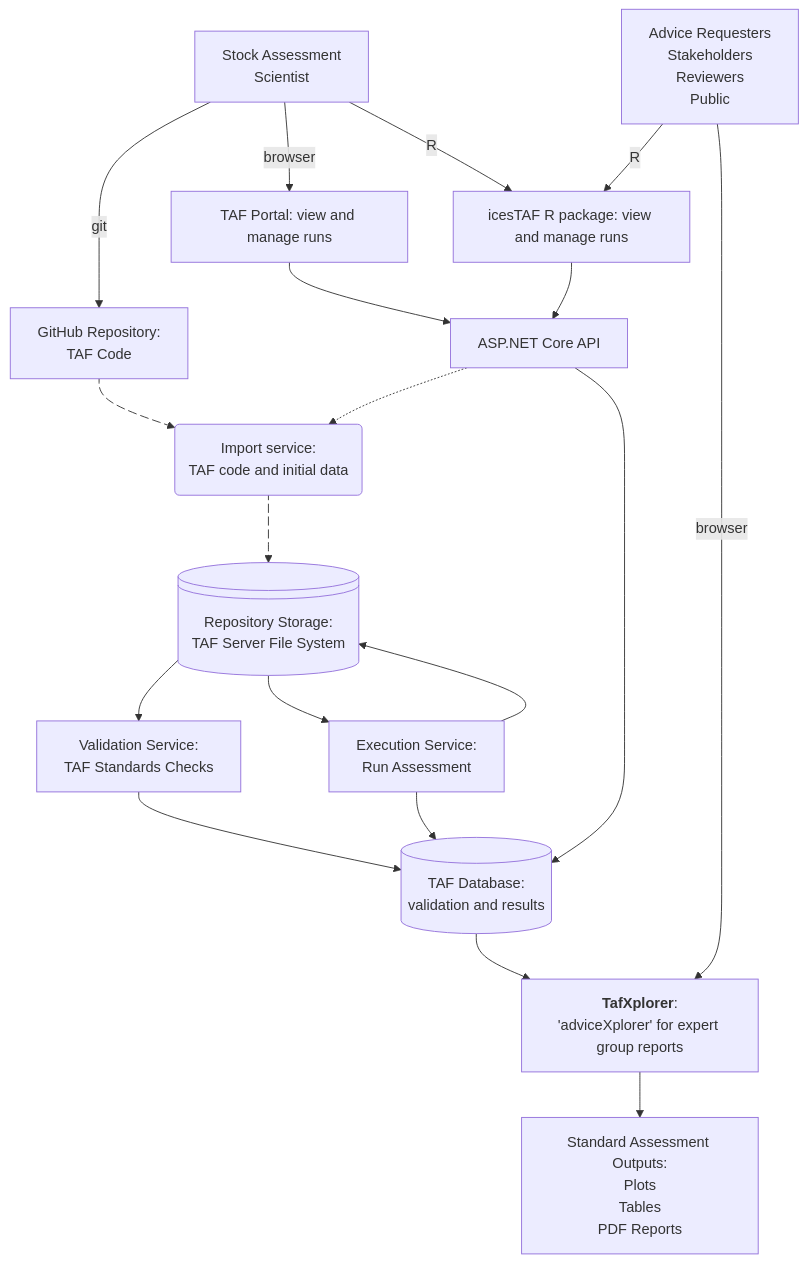
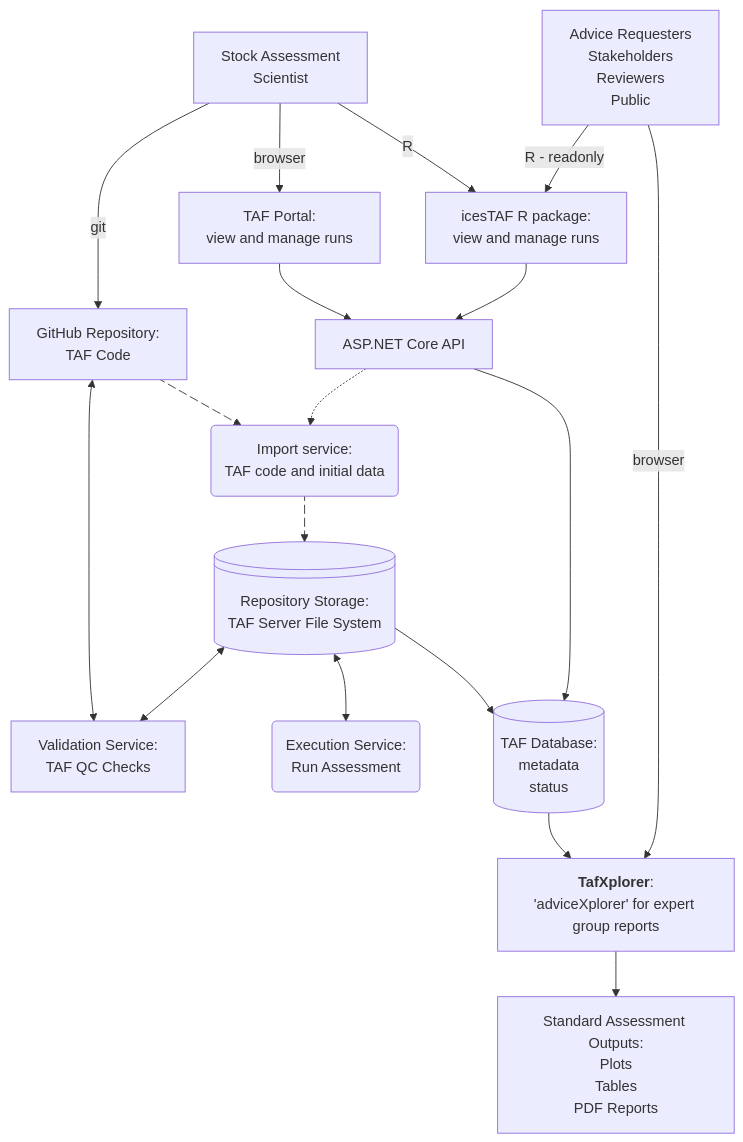
The diagram in architecture/architecture_v1.md (ices-eg/wg_WGTAFGOV), drawn with Mermaid before and after one commit.

Commit message:
update chart, good for reviewing now

````diff
--- a/architecture/architecture_v1.md
+++ b/architecture/architecture_v1.md
@@ -21,54 +21,48 @@
 ```mermaid
 flowchart TB
 
     U["Stock Assessment<br/>Scientist"]
     Stakeholder["Advice Requesters<br/>Stakeholders<br/>Reviewers<br/>Public"]
 
     GH["GitHub Repository:<br/>TAF Code"]
-    WEB["TAF Portal: view and manage runs"]
-    ICESTAF["icesTAF R package: view and manage runs"]
+    WEB["TAF Portal:<br/>view and manage runs"]
+    ICESTAF["icesTAF R package:<br/>view and manage runs"]
 
     IS("Import service:<br/>TAF code and initial data")
 
     FS@{ shape: lin-cyl, label: "Repository Storage:<br/>TAF Server File System"}
-    VAL["Validation Service:<br/>TAF Standards Checks"]
-    RUN["Execution Service:<br/>Run Assessment"]
-    DB[("TAF Database:<br/> validation and results")]
+    VAL["Validation Service:<br/>TAF QC Checks"]
+    RUN("Execution Service:<br/>Run Assessment")
+    DB[("TAF Database:<br/>metadata<br/>status")]
     API[ASP.NET Core API]
     EXPLORER["<b>TafXplorer</b>:<br/>'adviceXplorer' for expert group reports"]
     RESULTS["Standard Assessment Outputs:<br/>Plots<br/>Tables<br/>PDF Reports"]
 
     U -->|git| GH
     U -->|browser| WEB
     U -->|R| ICESTAF
 
-    Stakeholder -->|R| ICESTAF
-
-    GH e1@--> IS
-
-    API -.-> IS
-
-    IS e2@--> FS
-
-    e1@{ animate: true }
-    e2@{ animate: true }
-
-    FS --> VAL
-    FS --> RUN
-    RUN --> FS
-
-    VAL --> DB
-
-    RUN --> DB
+    Stakeholder -->|R - readonly| ICESTAF
 
     WEB --> API
     ICESTAF --> API
+
+    GH <--> VAL
+
+    GH e1@--> IS
+    e1@{ animate: true }
+    API -.-> IS
+    IS e2@--> FS
+    e2@{ animate: true }
+
+    FS <--> VAL
+    FS <--> RUN
+    FS --> DB
+
     API --> DB
-
 
     DB --> EXPLORER
     EXPLORER --> RESULTS
 
-
     Stakeholder -->|browser| EXPLORER
 ```
````
